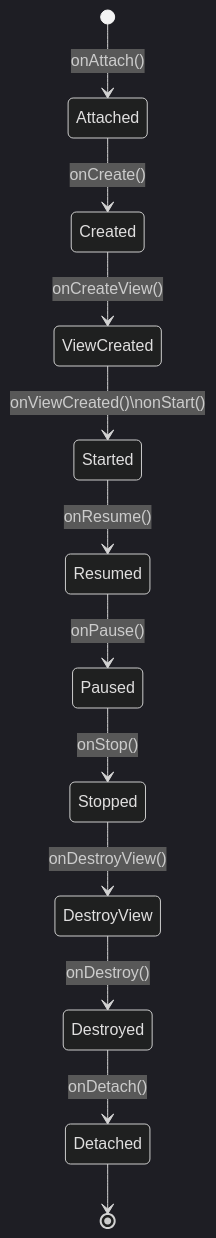
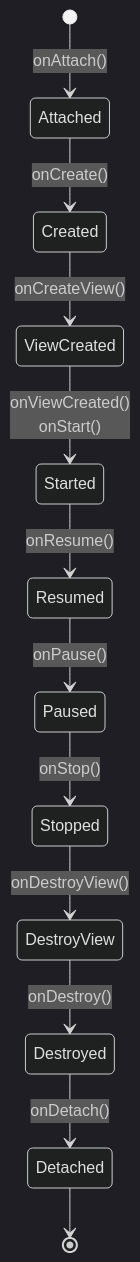
One commit to amitdevx/TY changed the third of 4 diagrams in 02-Semester-VI/CS-357-MJ-T-Android-Programming/Unit-2.md. Above: the diagram before and after it, drawn with Mermaid (dark theme). The commit also changed other lines of this file and 186 other files, not shown here.

````diff
--- a/02-Semester-VI/CS-357-MJ-T-Android-Programming/Unit-2.md
+++ b/02-Semester-VI/CS-357-MJ-T-Android-Programming/Unit-2.md
@@ -332,14 +335,14 @@
 ```mermaid
 stateDiagram-v2
     [*] --> Attached: onAttach()
     Attached --> Created: onCreate()
     Created --> ViewCreated: onCreateView()
-    ViewCreated --> Started: onViewCreated()\nonStart()
+    ViewCreated --> Started: onViewCreated()<br/>onStart()
     Started --> Resumed: onResume()
     Resumed --> Paused: onPause()
     Paused --> Stopped: onStop()
     Stopped --> DestroyView: onDestroyView()
     DestroyView --> Destroyed: onDestroy()
     Destroyed --> Detached: onDetach()
     Detached --> [*]
 ```
````
